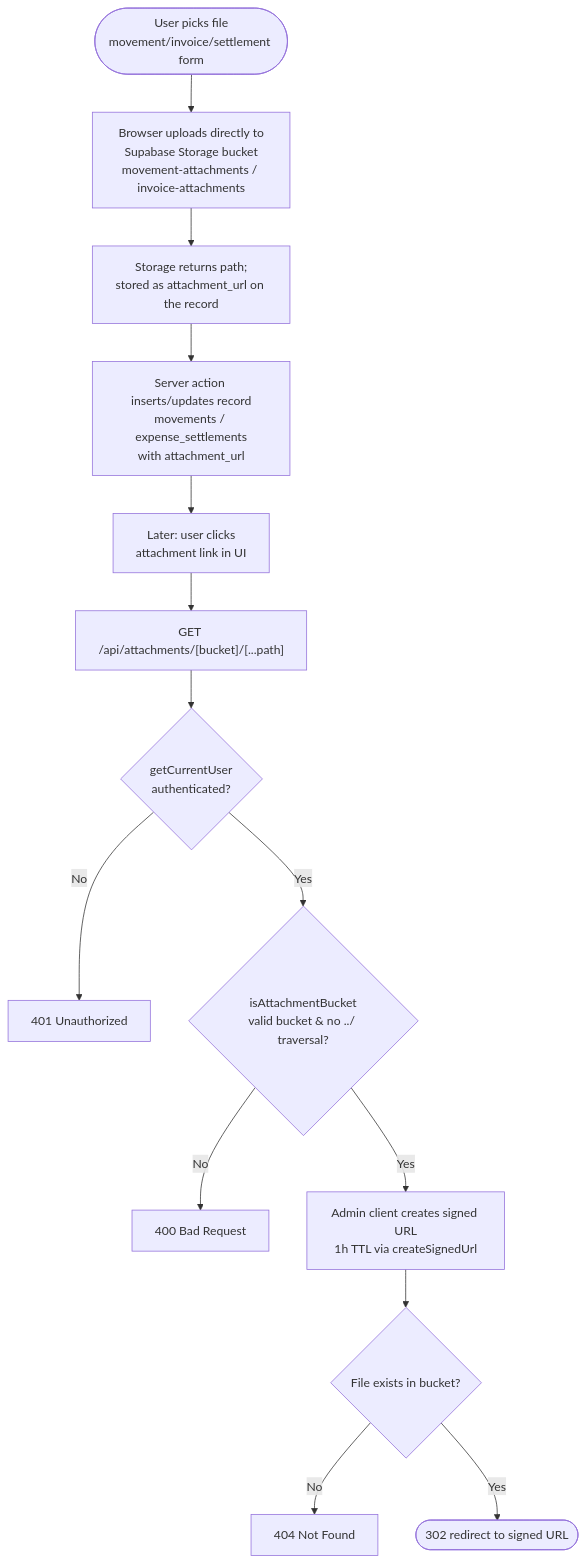
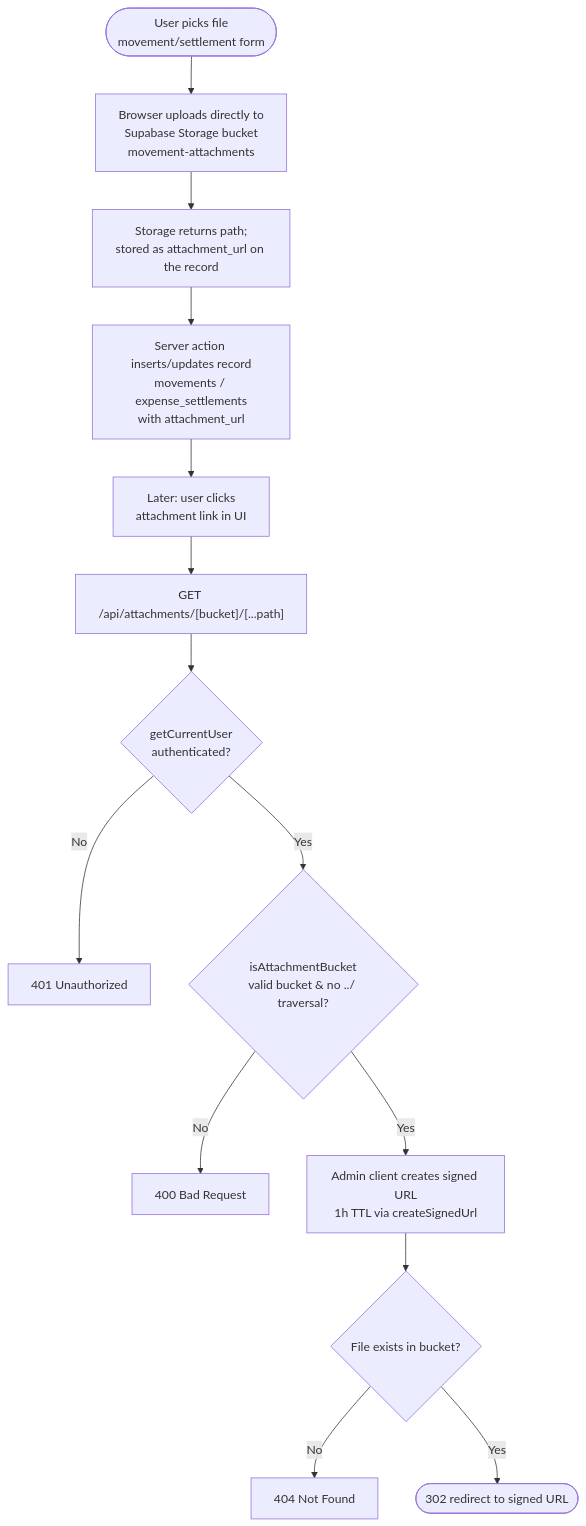
Before and after one commit to Torfel0312/sistema_contable_pibt: the diagram in docs/diagrams/01-file-uploading.md, drawn with Mermaid. The commit also changed 19 other files, not shown here.

````diff
--- a/docs/diagrams/01-file-uploading.md
+++ b/docs/diagrams/01-file-uploading.md
@@ -3,16 +3,16 @@
 ```mermaid
 flowchart TD
-    A([User picks file<br/>movement/invoice/settlement form]) --> B[Browser uploads directly to<br/>Supabase Storage bucket<br/>movement-attachments / invoice-attachments]
+    A([User picks file<br/>movement/settlement form]) --> B[Browser uploads directly to<br/>Supabase Storage bucket<br/>movement-attachments]
     B --> C[Storage returns path;<br/>stored as attachment_url on the record]
     C --> D[Server action inserts/updates record<br/>movements / expense_settlements<br/>with attachment_url]
     D --> E[Later: user clicks<br/>attachment link in UI]
     E --> F["GET /api/attachments/[bucket]/[...path]"]
     F --> G{getCurrentUser<br/>authenticated?}
     G -->|No| H[401 Unauthorized]
     G -->|Yes| I{isAttachmentBucket<br/>valid bucket & no ../ traversal?}
     I -->|No| J[400 Bad Request]
     I -->|Yes| K[Admin client creates signed URL<br/>1h TTL via createSignedUrl]
     K --> L{File exists in bucket?}
     L -->|No| M[404 Not Found]
     L -->|Yes| N([302 redirect to signed URL])
 ```
````
